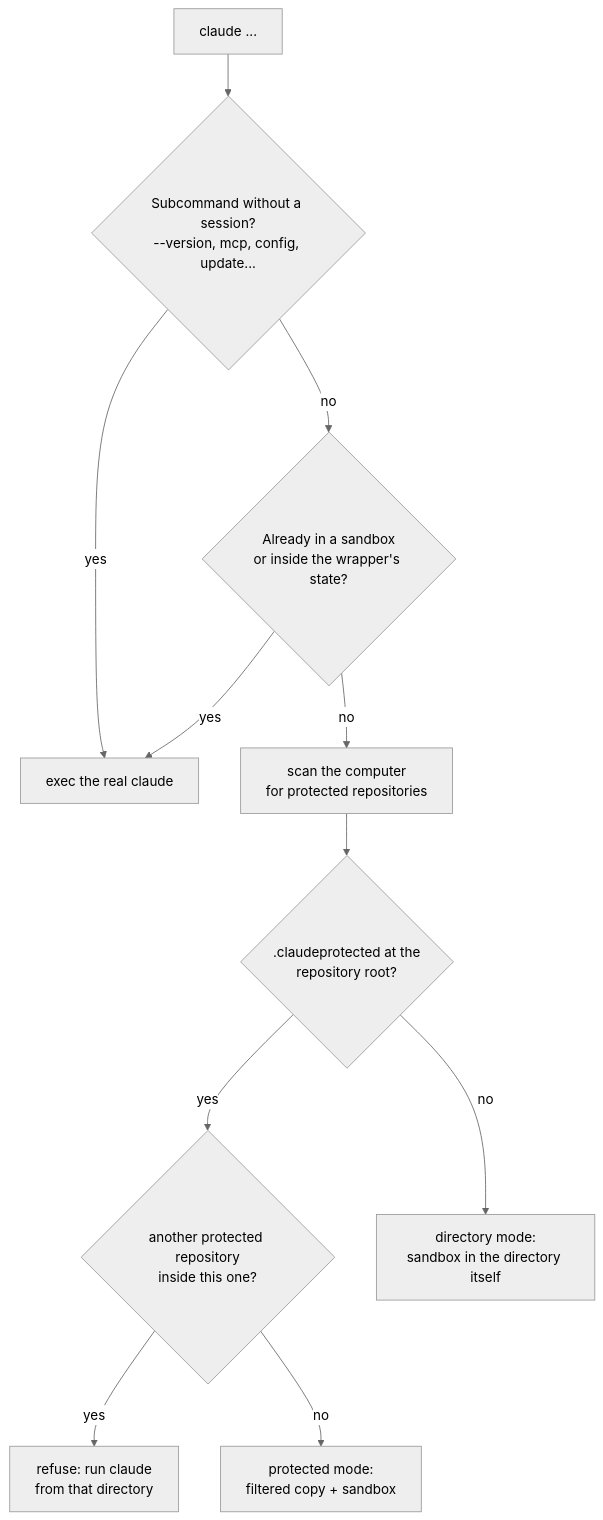
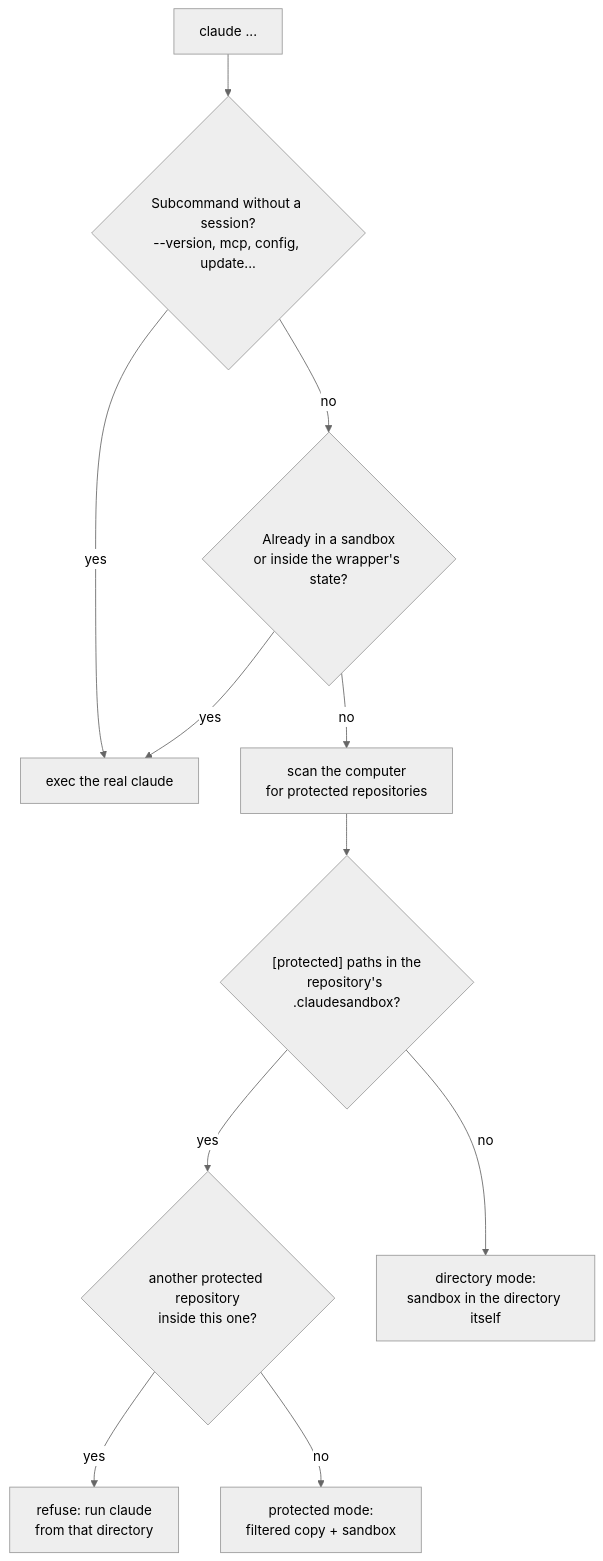
One commit to Lenstra/claude-secure-sandbox changed the second of 4 diagrams in docs/ARCHITECTURE.md. Above: the diagram before and after it, drawn with Mermaid (neutral theme). The commit also changed other lines of this file and 18 other files, not shown here.

````diff
--- a/docs/ARCHITECTURE.md
+++ b/docs/ARCHITECTURE.md
@@ -114,13 +114,13 @@
 ```mermaid
 flowchart TD
   start["claude ..."] --> sub{"Subcommand without a session?<br/>--version, mcp, config, update..."}
   sub -- yes --> real["exec the real claude"]
   sub -- no --> inside{"Already in a sandbox<br/>or inside the wrapper's state?"}
   inside -- yes --> real
   inside -- no --> scan["scan the computer<br/>for protected repositories"]
-  scan --> root{".claudeprotected at the<br/>repository root?"}
+  scan --> root{"[protected] paths in the<br/>repository's .claudesandbox?"}
   root -- yes --> nested{"another protected repository<br/>inside this one?"}
   nested -- yes --> refuse["refuse: run claude<br/>from that directory"]
   nested -- no --> protected["protected mode:<br/>filtered copy + sandbox"]
   root -- no --> directory["directory mode:<br/>sandbox in the directory itself"]
 ```
````
